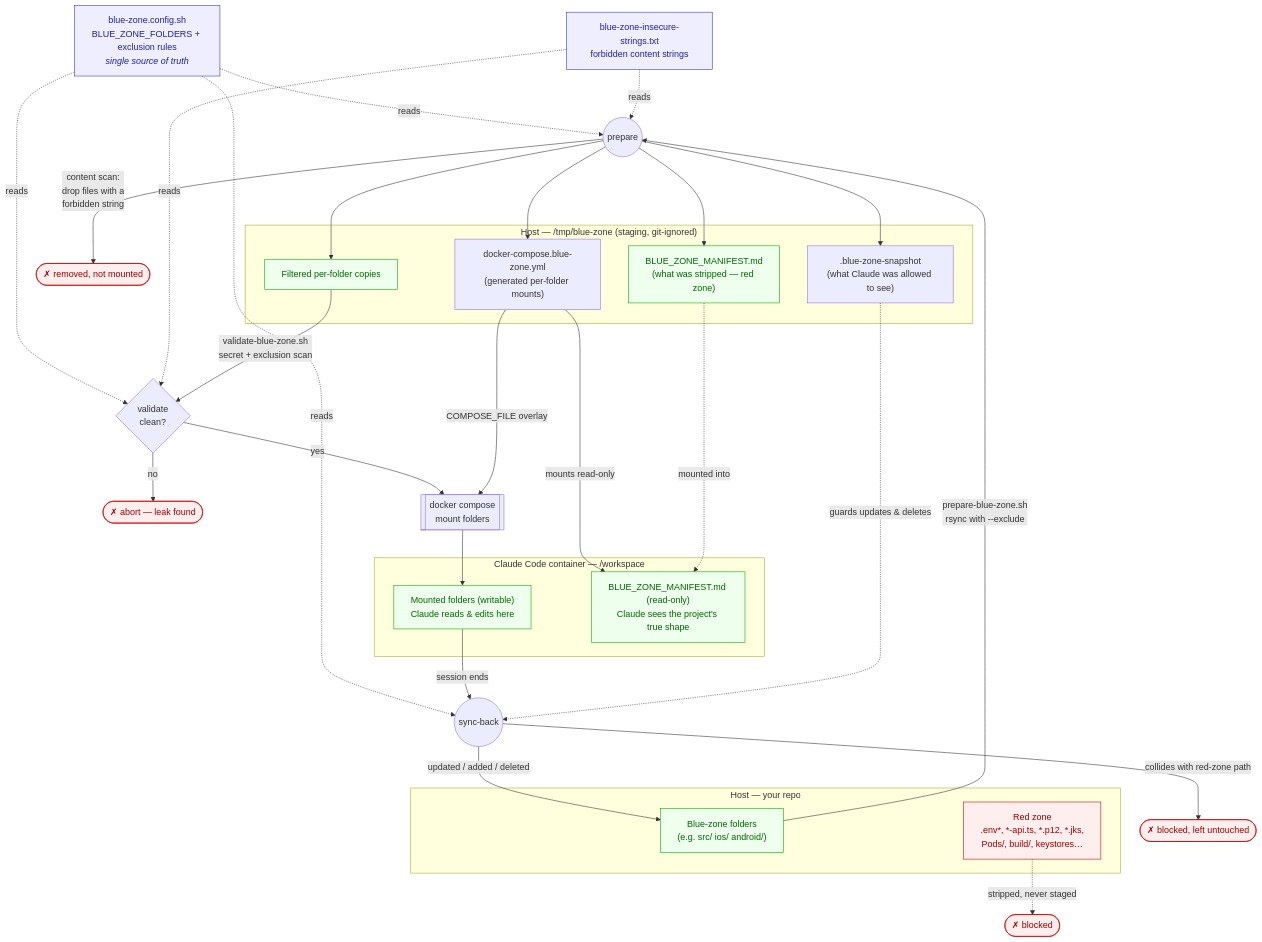
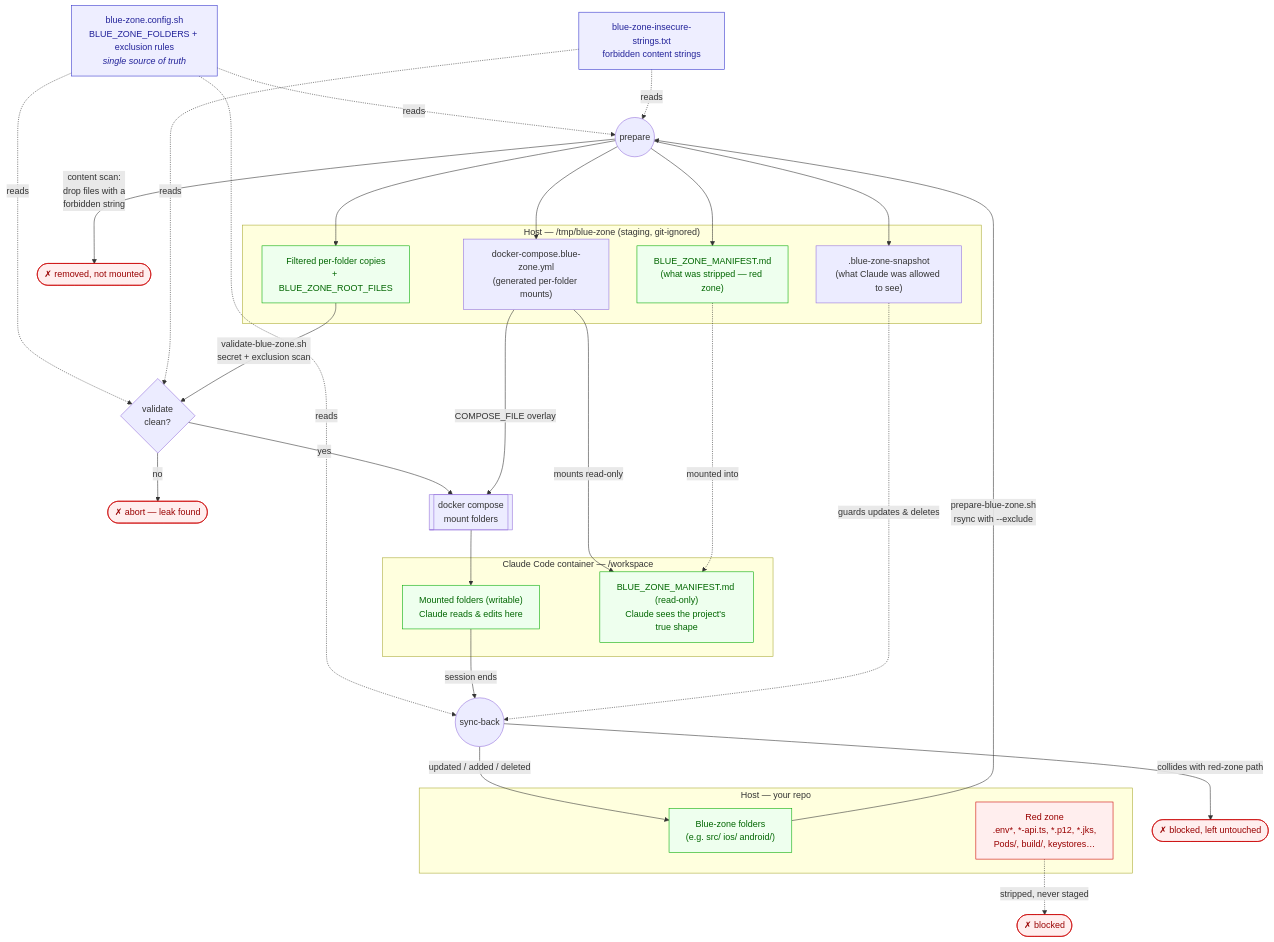
The diagram in claude-docker/docs/blue-zone-flow.md (matviyiv/RedBlue), drawn with Mermaid before and after one commit. The commit also changed other lines of this file and 12 other files, not shown here.

````diff
--- a/claude-docker/docs/blue-zone-flow.md
+++ b/claude-docker/docs/blue-zone-flow.md
@@ -9,59 +9,59 @@
 ```mermaid
 flowchart TD
     cfg["blue-zone.config.sh<br/>BLUE_ZONE_FOLDERS + exclusion rules<br/><i>single source of truth</i>"]
 
     subgraph host["Host — your repo"]
         blue["Blue-zone folders<br/>(e.g. src/ ios/ android/)"]
         red["Red zone<br/>.env*, *-api.ts, *.p12, *.jks,<br/>Pods/, build/, keystores…"]
     end
 
     subgraph stage["Host — /tmp/blue-zone (staging, git-ignored)"]
-        staged["Filtered per-folder copies"]
+        staged["Filtered per-folder copies<br/>+ BLUE_ZONE_ROOT_FILES"]
         snap[".blue-zone-snapshot<br/>(what Claude was allowed to see)"]
         manifest["BLUE_ZONE_MANIFEST.md<br/>(what was stripped — red zone)"]
         overlay["docker-compose.blue-zone.yml<br/>(generated per-folder mounts)"]
     end
 
     subgraph container["Claude Code container — /workspace"]
         ws["Mounted folders (writable)<br/>Claude reads & edits here"]
         wsman["BLUE_ZONE_MANIFEST.md (read-only)<br/>Claude sees the project's true shape"]
     end
 
     deny["blue-zone-insecure-strings.txt<br/>forbidden content strings"]
 
     cfg -.->|reads| prep
     cfg -.->|reads| val
     cfg -.->|reads| sync
     deny -.->|reads| prep
     deny -.->|reads| val
 
     blue -->|"prepare-blue-zone.sh<br/>rsync with --exclude"| prep((prepare))
     red -.->|stripped, never staged| xred(["✗ blocked"])
     prep -->|"content scan:<br/>drop files with a<br/>forbidden string"| xdeny(["✗ removed, not mounted"])
     prep --> staged
     prep --> snap
     prep --> manifest
     prep --> overlay
 
     overlay -->|"mounts read-only"| wsman
     manifest -.->|mounted into| wsman
 
     staged -->|"validate-blue-zone.sh<br/>secret + exclusion scan"| val{validate<br/>clean?}
     val -->|no| stop(["✗ abort — leak found"])
     val -->|yes| mount
 
     overlay -->|"COMPOSE_FILE overlay"| mount[["docker compose<br/>mount folders"]]
     mount --> ws
 
     ws -->|"session ends"| sync((sync-back))
     snap -.->|"guards updates & deletes"| sync
     sync -->|"updated / added / deleted"| blue
     sync -->|"collides with red-zone path"| xblock(["✗ blocked, left untouched"])
 
     classDef danger fill:#fee,stroke:#c00,color:#900;
     classDef safe fill:#efe,stroke:#0a0,color:#060;
     classDef cfgcls fill:#eef,stroke:#33c,color:#229;
     class red,xred,stop,xblock,xdeny danger;
     class blue,staged,ws,manifest,wsman safe;
     class cfg,deny cfgcls;
 ```
````
